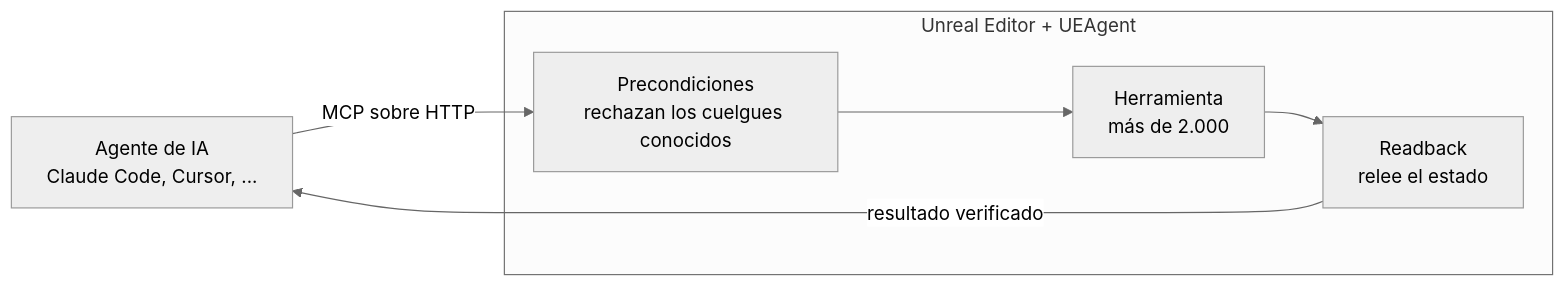
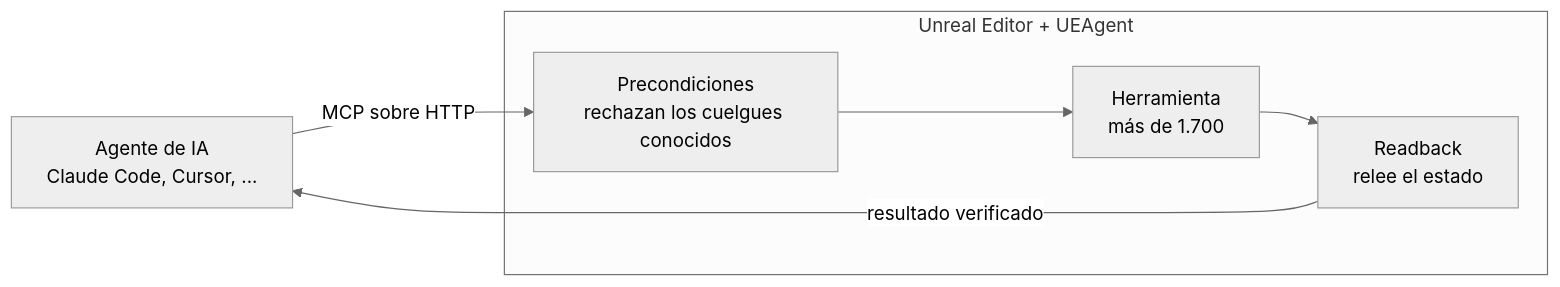
The diagram in README.es.md (CarlxsMG/UEAgent), drawn with Mermaid (neutral theme) before and after one commit. The commit also changed other lines of this file and 203 other files, not shown here.

````diff
--- a/README.es.md
+++ b/README.es.md
@@ -54,8 +54,8 @@
 ```mermaid
 flowchart LR
     A["Agente de IA<br/>Claude Code, Cursor, ..."] -- "MCP sobre HTTP" --> P
     subgraph E["Unreal Editor + UEAgent"]
-        P["Precondiciones<br/>rechazan los cuelgues conocidos"] --> H["Herramienta<br/>más de 2.000"] --> R["Readback<br/>relee el estado"]
+        P["Precondiciones<br/>rechazan los cuelgues conocidos"] --> H["Herramienta<br/>más de 1.700"] --> R["Readback<br/>relee el estado"]
     end
     R -- "resultado verificado" --> A
 ```
````
